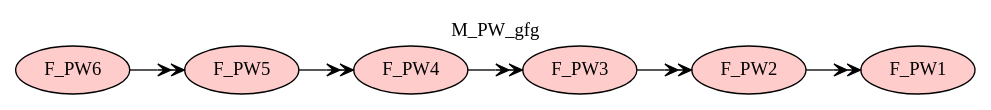
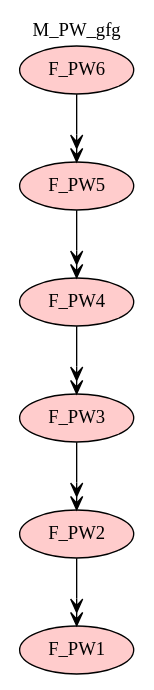
The diagram in Haskell/FragmentaTests/PetsWorld/img/M_PW_gfg.gv (namalio/Fragmenta), drawn with Graphviz before and after one commit. The commit also changed 25 other files, not shown here.

```diff
--- a/Haskell/FragmentaTests/PetsWorld/img/M_PW_gfg.gv
+++ b/Haskell/FragmentaTests/PetsWorld/img/M_PW_gfg.gv
@@ -1,14 +1,14 @@
-digraph {graph[label=M_PW_gfg,labelloc=tl,labelfontsize=12,rankdir="LR"];
+digraph {graph[label=M_PW_gfg,labelloc=tl,labelfontsize=12];
 "F_PW1"[shape=oval,fillcolor="#FFCCCC",style ="filled",label="F_PW1"];
 "F_PW2"[shape=oval,fillcolor="#FFCCCC",style ="filled",label="F_PW2"];
 "F_PW3"[shape=oval,fillcolor="#FFCCCC",style ="filled",label="F_PW3"];
 "F_PW4"[shape=oval,fillcolor="#FFCCCC",style ="filled",label="F_PW4"];
 "F_PW5"[shape=oval,fillcolor="#FFCCCC",style ="filled",label="F_PW5"];
 "F_PW6"[shape=oval,fillcolor="#FFCCCC",style ="filled",label="F_PW6"];
 
 "F_PW2"->"F_PW1"[label=" ",arrowhead=veevee];
 "F_PW3"->"F_PW2"[label=" ",arrowhead=veevee];
 "F_PW4"->"F_PW3"[label=" ",arrowhead=veevee];
 "F_PW5"->"F_PW4"[label=" ",arrowhead=veevee];
 "F_PW6"->"F_PW5"[label=" ",arrowhead=veevee];
 }
```
